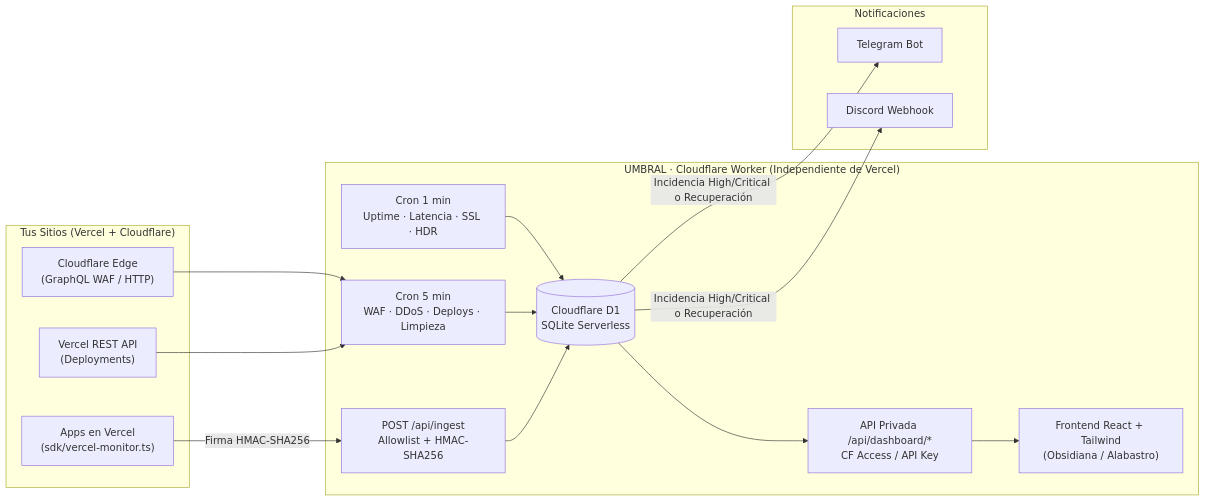
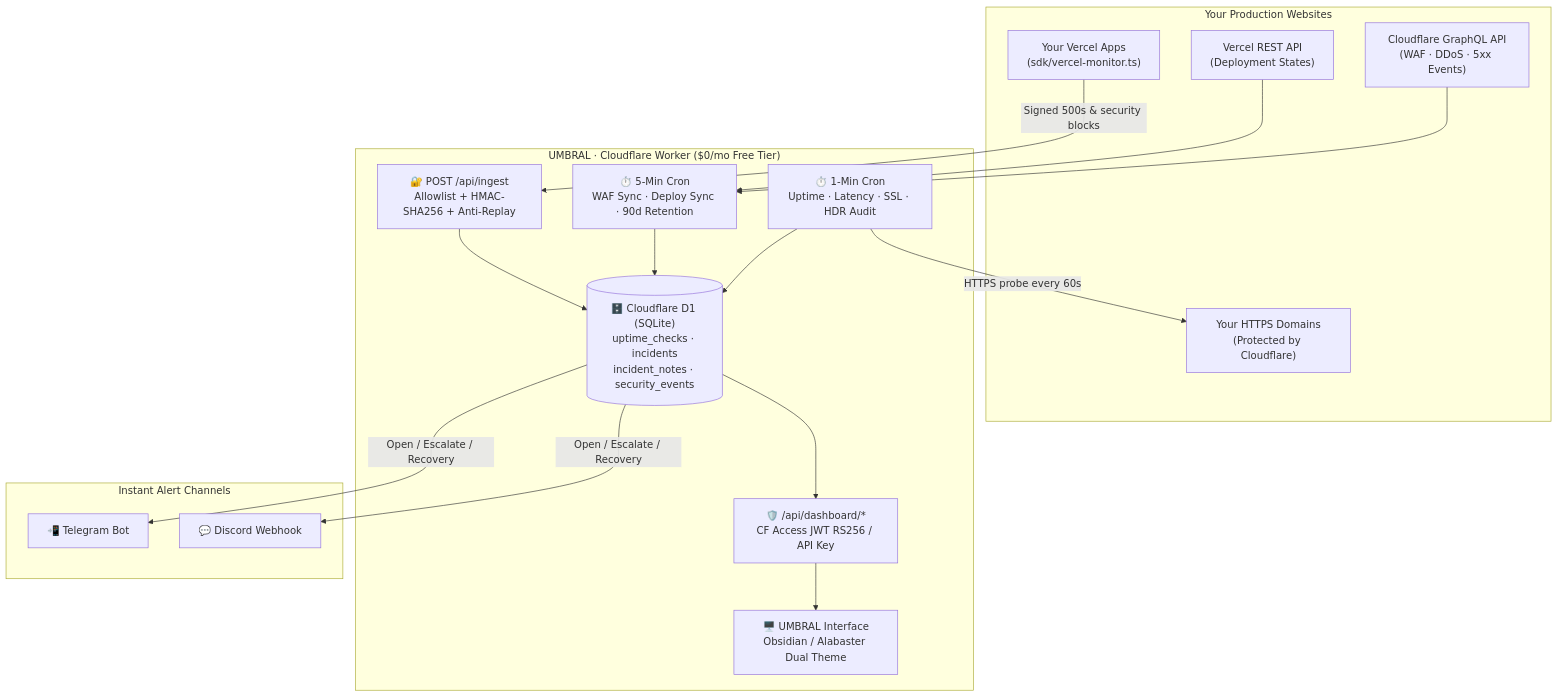
One commit to fabianhermar/umbral-monitor changed the first of 2 diagrams in README.md. Above: the diagram before and after it, drawn with Mermaid. The commit also changed other lines of this file and 9 other files, not shown here.

````diff
--- a/README.md
+++ b/README.md
@@ -49,29 +61,32 @@
 ```mermaid
-flowchart LR
-  subgraph SITES["Tus Sitios (Vercel + Cloudflare)"]
-    V["Apps en Vercel<br/>(sdk/vercel-monitor.ts)"]
-    CF["Cloudflare Edge<br/>(GraphQL WAF / HTTP)"]
-    VA["Vercel REST API<br/>(Deployments)"]
+flowchart TB
+  subgraph INTERNET["Your Production Websites"]
+    DOM["Your HTTPS Domains<br/>(Protected by Cloudflare)"]
+    VERCEL_APP["Your Vercel Apps<br/>(sdk/vercel-monitor.ts)"]
+    CF_API["Cloudflare GraphQL API<br/>(WAF · DDoS · 5xx Events)"]
+    VERCEL_API["Vercel REST API<br/>(Deployment States)"]
   end
 
-  subgraph UMBRAL["UMBRAL · Cloudflare Worker (Independiente de Vercel)"]
-    CRON1["Cron 1 min<br/>Uptime · Latencia · SSL · HDR"]
-    CRON5["Cron 5 min<br/>WAF · DDoS · Deploys · Limpieza"]
-    INGEST["POST /api/ingest<br/>Allowlist + HMAC-SHA256"]
-    API["API Privada /api/dashboard/*<br/>CF Access / API Key"]
-    D1[("Cloudflare D1<br/>SQLite Serverless")]
-    UI["Frontend React + Tailwind<br/>(Obsidiana / Alabastro)"]
+  subgraph WORKER["UMBRAL · Cloudflare Worker ($0/mo Free Tier)"]
+    CRON_1M["⏱️ 1-Min Cron<br/>Uptime · Latency · SSL · HDR Audit"]
+    CRON_5M["⏱️ 5-Min Cron<br/>WAF Sync · Deploy Sync · 90d Retention"]
+    INGEST["🔐 POST /api/ingest<br/>Allowlist + HMAC-SHA256 + Anti-Replay"]
+    DASH_API["🛡️ /api/dashboard/*<br/>CF Access JWT RS256 / API Key"]
+    D1[("🗄️ Cloudflare D1 (SQLite)<br/>uptime_checks · incidents<br/>incident_notes · security_events")]
+    UI["🖥️ UMBRAL Interface<br/>Obsidian / Alabaster Dual Theme"]
   end
 
-  subgraph ALERTS["Notificaciones"]
-    TG["Telegram Bot"]
-    DC["Discord Webhook"]
+  subgraph NOTIFY["Instant Alert Channels"]
+    TG["📲 Telegram Bot"]
+    DC["💬 Discord Webhook"]
   end
 
-  CRON1 --> D1
-  CF --> CRON5 --> D1
-  VA --> CRON5
-  V -- "Firma HMAC-SHA256" --> INGEST --> D1
-  D1 --> API --> UI
-  D1 -- "Incidencia High/Critical o Recuperación" --> TG & DC
+  CRON_1M -- "HTTPS probe every 60s" --> DOM
+  CRON_1M --> D1
+  CF_API --> CRON_5M
+  VERCEL_API --> CRON_5M
+  CRON_5M --> D1
+  VERCEL_APP -- "Signed 500s & security blocks" --> INGEST --> D1
+  D1 --> DASH_API --> UI
+  D1 -- "Open / Escalate / Recovery" --> TG & DC
 ```
````
